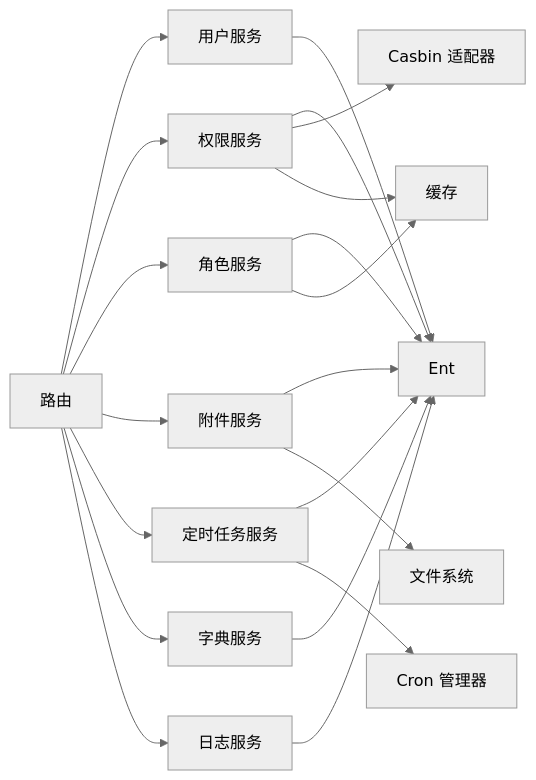
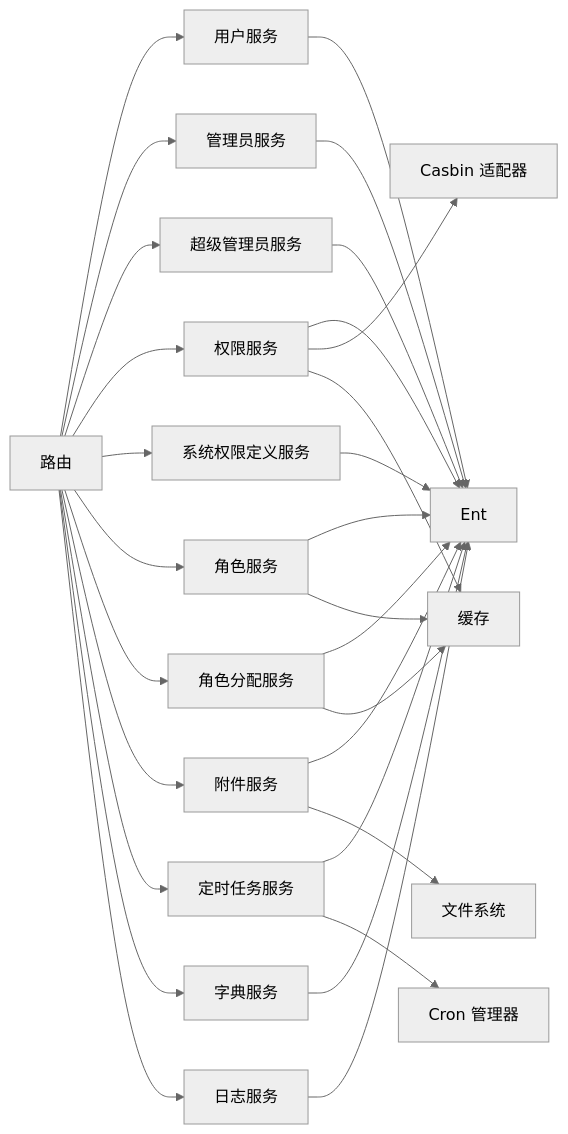
The seventh of 7 diagrams in .qoder/repowiki/zh/content/核心模块/核心模块.md (wuwuseo/e-sports-go-admin), drawn with Mermaid (neutral theme) before and after one commit. The commit also changed other lines of this file and 42 other files, not shown here.

````diff
--- a/.qoder/repowiki/zh/content/核心模块/核心模块.md
+++ b/.qoder/repowiki/zh/content/核心模块/核心模块.md
@@ -339,22 +399,31 @@
 ```mermaid
 graph LR
 Router["路由"] --> SUser["用户服务"]
+Router --> SAdmin["管理员服务"]
+Router --> SSuperAdmin["超级管理员服务"]
 Router --> SPerm["权限服务"]
+Router --> SSysPerm["系统权限定义服务"]
 Router --> SRole["角色服务"]
+Router --> SRoleAssign["角色分配服务"]
 Router --> SAttach["附件服务"]
 Router --> SCron["定时任务服务"]
 Router --> SDict["字典服务"]
 Router --> SLog["日志服务"]
 SUser --> ORM["Ent"]
+SAdmin --> ORM
+SSuperAdmin --> ORM
 SPerm --> ORM
+SSysPerm --> ORM
 SRole --> ORM
+SRoleAssign --> ORM
 SAttach --> ORM
 SAttach --> FS["文件系统"]
 SCron --> ORM
 SCron --> CronMgr["Cron 管理器"]
 SDict --> ORM
 SLog --> ORM
 SPerm --> Casbin["Casbin 适配器"]
 SPerm --> Cache["缓存"]
 SRole --> Cache
+SRoleAssign --> Cache
 ```
````
